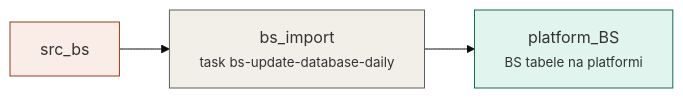
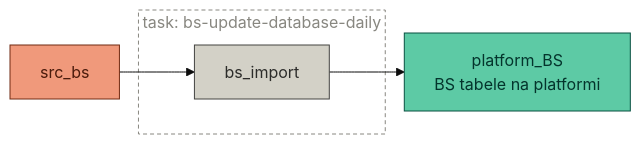
One commit to majazaloznik/umar-automation-scripts changed the diagram in docs/pipelines/task-bs-update-database-daily.md. Above: the diagram before and after it, drawn with Mermaid (base theme). The commit also changed 31 other files, not shown here.

Commit message:
Update mermaid plots in pipelines

````diff
--- a/docs/pipelines/task-bs-update-database-daily.md
+++ b/docs/pipelines/task-bs-update-database-daily.md
@@ -21,12 +21,15 @@
 ```mermaid
 flowchart LR
-  src_bs["src_bs<br/><small></small>"]:::source
-  platform_BS["platform_BS<br/><small>BS tabele na platformi</small>"]:::store
-  bs_import["bs_import<br/><small>task bs-update-database-daily</small>"]:::step
+  src_bs["src_bs"]:::source
+  platform_BS["platform_BS<br/>BS tabele na platformi"]:::store
+  subgraph task_bs_update_database_daily["task: bs-update-database-daily"]
+    bs_import["bs_import"]:::step
+  end
+  style task_bs_update_database_daily fill:none,stroke:#888780,stroke-dasharray:4 3,color:#888780
   src_bs --> bs_import
   bs_import --> platform_BS
-  classDef source fill:#FAECE7,stroke:#993C1D
-  classDef step fill:#F1EFE8,stroke:#5F5E5A
-  classDef store fill:#E1F5EE,stroke:#0F6E56
-  classDef output fill:#EEEDFE,stroke:#534AB7
+  classDef source fill:#F0997B,stroke:#712B13,color:#4A1B0C,stroke-width:1px
+  classDef step fill:#D3D1C7,stroke:#444441,color:#2C2C2A,stroke-width:1px
+  classDef store fill:#5DCAA5,stroke:#085041,color:#04342C,stroke-width:1px
+  classDef output fill:#AFA9EC,stroke:#3C3489,color:#26215C,stroke-width:1px
 ```
````
